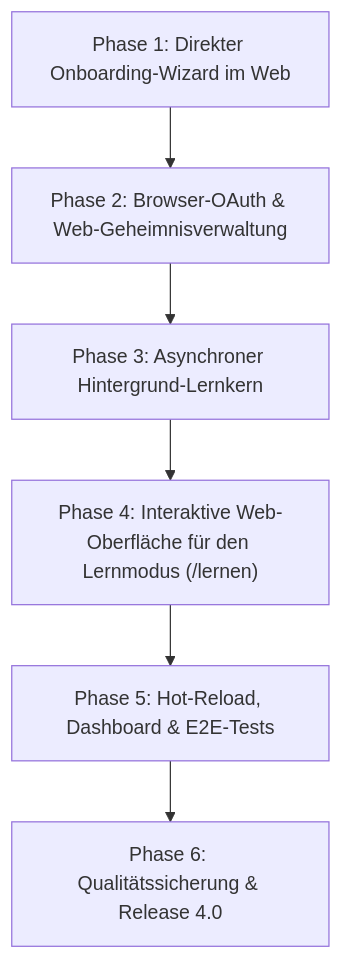
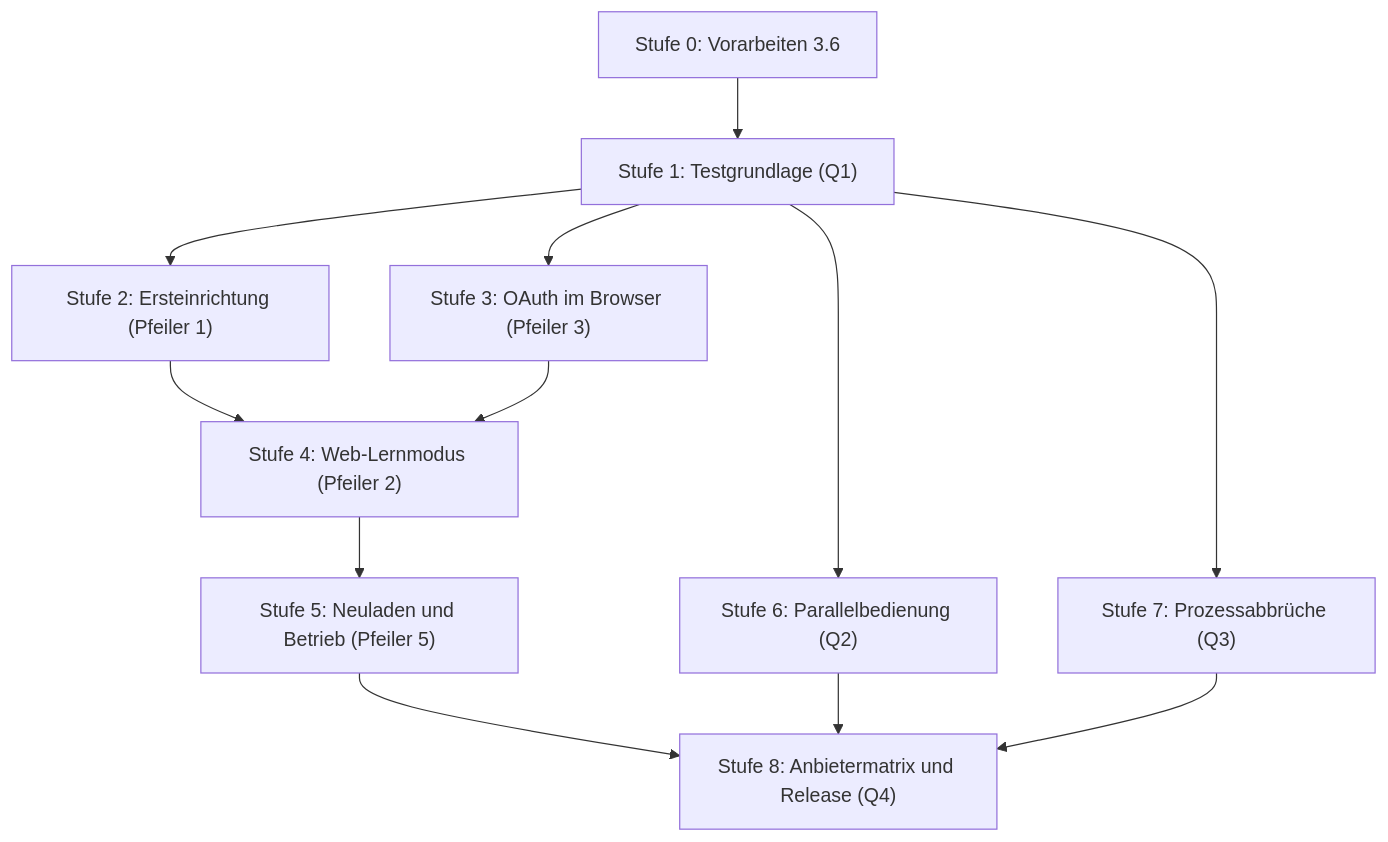
One commit to Teichhofer/Mailhelp changed the second of 2 diagrams in docs/Planung-4.0.md. Above: the diagram before and after it, drawn with Mermaid. The commit also changed other lines of this file and 4 other files, not shown here.

````diff
--- a/docs/Planung-4.0.md
+++ b/docs/Planung-4.0.md
@@ -269,8 +292,14 @@
 ```mermaid
 flowchart TD
-    M1["Phase 1: Direkter Onboarding-Wizard im Web"] --> M2["Phase 2: Browser-OAuth & Web-Geheimnisverwaltung"]
-    M2 --> M3["Phase 3: Asynchroner Hintergrund-Lernkern"]
-    M3 --> M4["Phase 4: Interaktive Web-Oberfläche für den Lernmodus (/lernen)"]
-    M4 --> M5["Phase 5: Hot-Reload, Dashboard & E2E-Tests"]
-    M5 --> M6["Phase 6: Qualitätssicherung & Release 4.0"]
+    V["Stufe 0: Vorarbeiten 3.6"] --> T["Stufe 1: Testgrundlage (Q1)"]
+    T --> E["Stufe 2: Ersteinrichtung (Pfeiler 1)"]
+    T --> O["Stufe 3: OAuth im Browser (Pfeiler 3)"]
+    E --> L["Stufe 4: Web-Lernmodus (Pfeiler 2)"]
+    O --> L
+    L --> R["Stufe 5: Neuladen und Betrieb (Pfeiler 5)"]
+    T --> P["Stufe 6: Parallelbedienung (Q2)"]
+    T --> A["Stufe 7: Prozessabbrüche (Q3)"]
+    R --> M["Stufe 8: Anbietermatrix und Release (Q4)"]
+    P --> M
+    A --> M
 ```
````
